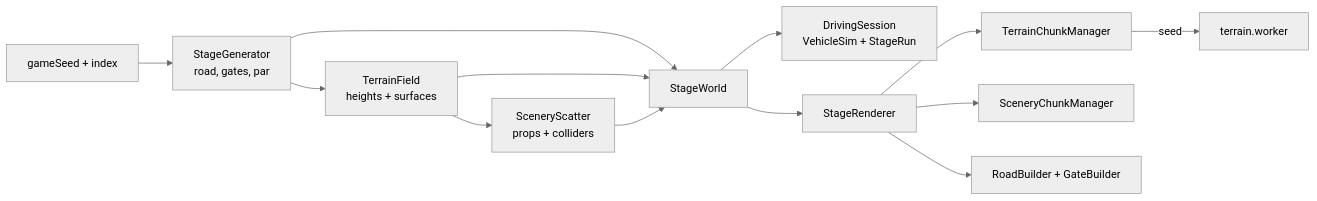
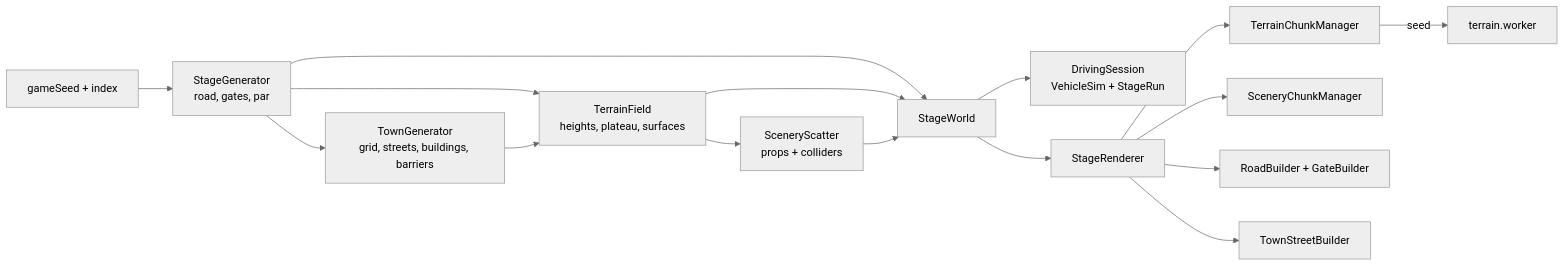
Before and after one commit to luigiht/micro-rally: the second of 3 diagrams in docs/ARCHITECTURE.md, drawn with Mermaid (neutral theme). The commit also changed other lines of this file and 15 other files, not shown here.

First line of the commit message:
Hill towns: tamed relief, terraced buildings, side streets cut into the slope

````diff
--- a/docs/ARCHITECTURE.md
+++ b/docs/ARCHITECTURE.md
@@ -48,12 +48,14 @@
 ```mermaid
 flowchart LR
   Seed[gameSeed + index] --> Gen[StageGenerator\nroad, gates, par]
-  Gen --> Field[TerrainField\nheights + surfaces]
+  Gen --> Town[TownGenerator\ngrid, streets, buildings, barriers]
+  Gen & Town --> Field[TerrainField\nheights, plateau, surfaces]
   Field --> Scatter[SceneryScatter\nprops + colliders]
   Gen & Field & Scatter --> World[StageWorld]
   World --> Session[DrivingSession\nVehicleSim + StageRun]
   World --> Renderer[StageRenderer]
   Renderer --> Terrain[TerrainChunkManager] -->|seed| Worker[terrain.worker]
   Renderer --> Scenery[SceneryChunkManager]
   Renderer --> Road[RoadBuilder + GateBuilder]
+  Renderer --> Streets[TownStreetBuilder]
 ```
````
